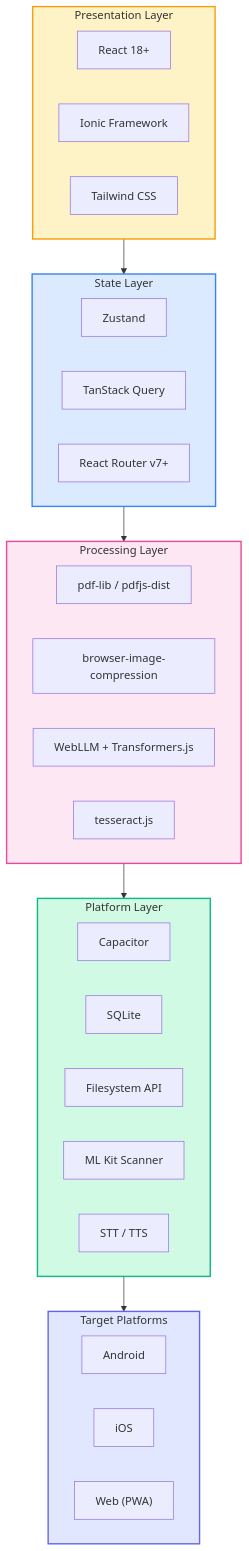
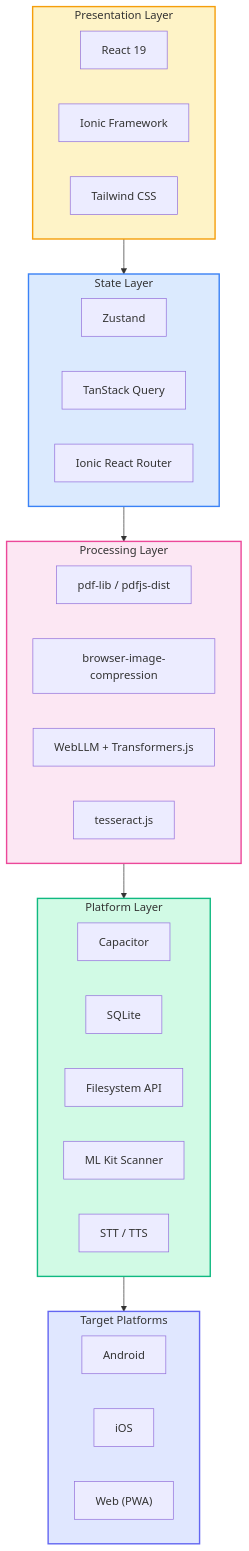
Before and after one commit to omanandswami2005/project-kagazzz: the fourth of 6 diagrams in docs/architecture/00-project-overview.md, drawn with Mermaid. The commit also changed other lines of this file and 8 other files, not shown here.

````diff
--- a/docs/architecture/00-project-overview.md
+++ b/docs/architecture/00-project-overview.md
@@ -348,46 +348,46 @@
 ```mermaid
 graph TB
     subgraph UI["Presentation Layer"]
-        React["React 18+"]
+        React["React 19"]
         Ionic["Ionic Framework"]
         Tailwind["Tailwind CSS"]
     end
 
     subgraph State["State Layer"]
         Zustand["Zustand"]
         TanStack["TanStack Query"]
-        Router["React Router v7+"]
+        Router["Ionic React Router"]
     end
 
     subgraph Processing["Processing Layer"]
         PDF["pdf-lib / pdfjs-dist"]
         Image["browser-image-compression"]
         AI["WebLLM + Transformers.js"]
         OCR["tesseract.js"]
     end
 
     subgraph Platform["Platform Layer"]
         Capacitor["Capacitor"]
         SQLite["SQLite"]
         FS["Filesystem API"]
         Scanner["ML Kit Scanner"]
         Voice["STT / TTS"]
     end
 
     subgraph Target["Target Platforms"]
         Android["Android"]
         iOS["iOS"]
         Web["Web (PWA)"]
     end
 
     UI --> State
     State --> Processing
     Processing --> Platform
     Platform --> Target
 
     style UI fill:#fef3c7,stroke:#f59e0b,stroke-width:2px
     style State fill:#dbeafe,stroke:#3b82f6,stroke-width:2px
     style Processing fill:#fce7f3,stroke:#ec4899,stroke-width:2px
     style Platform fill:#d1fae5,stroke:#10b981,stroke-width:2px
     style Target fill:#e0e7ff,stroke:#6366f1,stroke-width:2px
 ```
````
